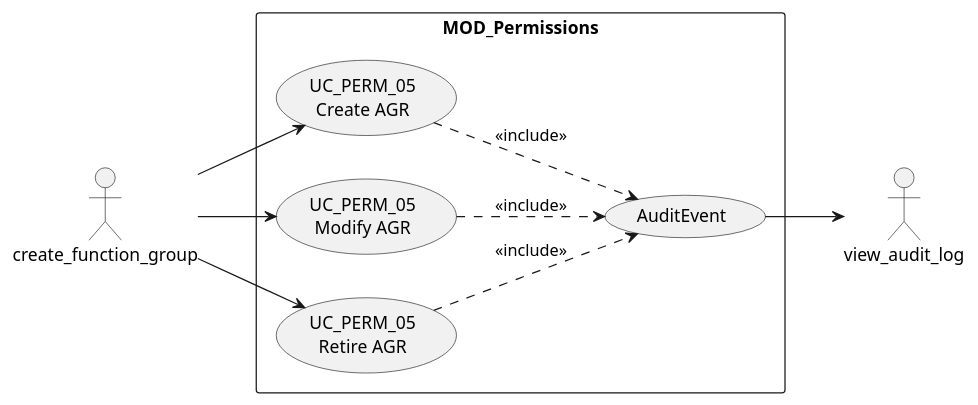
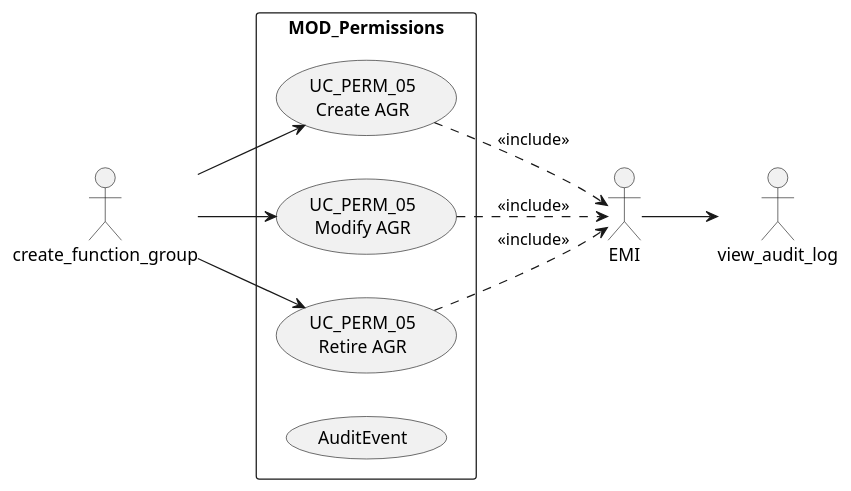
The diagram in source/requisitos/casos-uso/permissions/uc-perm-05/diagramas-uml/diagrama-de-caso-de-uso.rst (jcg-admin/IACT-docs), drawn with PlantUML before and after one commit. The commit also changed 47 other files, not shown here.

First line of the commit message:
Fix cryptic PlantUML aliases in UC and architecture files (STD_011)

```diff
--- a/source/requisitos/casos-uso/permissions/uc-perm-05/diagramas-uml/diagrama-de-caso-de-uso.rst
+++ b/source/requisitos/casos-uso/permissions/uc-perm-05/diagramas-uml/diagrama-de-caso-de-uso.rst
@@ -4,25 +4,25 @@
 .. uml::
  :caption: UC_PERM_05 — gestion catalogo AGR
 
  @startuml
  left to right direction
 
  actor "create_function_group" as create_function_group
  actor "view_audit_log" as view_audit_log
 
  rectangle "MOD_Permissions" {
    usecase "UC_PERM_05\nCreate AGR" as UCCRE
    usecase "UC_PERM_05\nModify AGR" as UCMOD
    usecase "UC_PERM_05\nRetire AGR" as UCRET
-   usecase "AuditEvent" as EMI
+   usecase "AuditEvent" as AuditEmitter
  }
 
  create_function_group --> UCCRE
  create_function_group --> UCMOD
  create_function_group --> UCRET
  UCCRE ..> EMI : <<include>>
  UCMOD ..> EMI : <<include>>
  UCRET ..> EMI : <<include>>
  EMI --> view_audit_log
 
  @enduml
```
